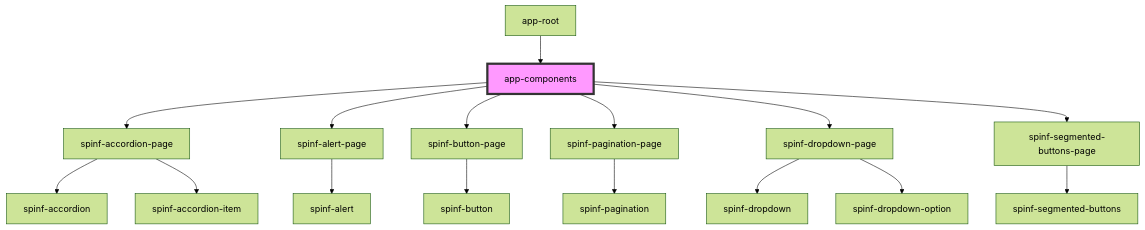
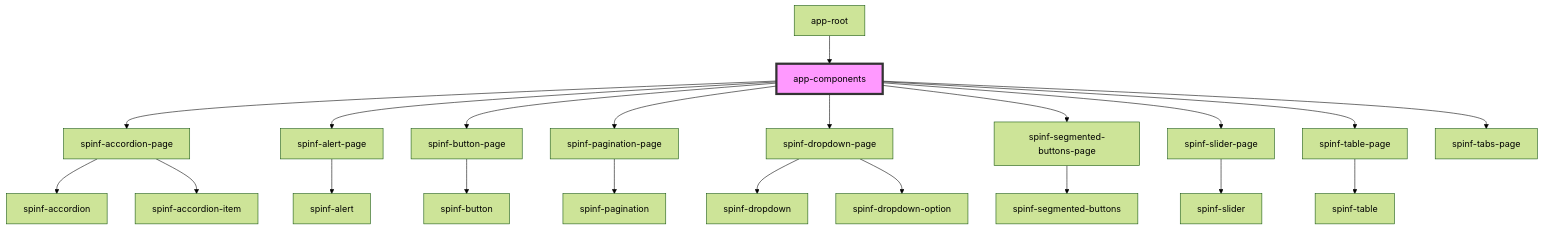
Before and after one commit to Diego-Dos-Santos-Accenture/spain-info-stencil: the diagram in src/components/app-components/readme.md, drawn with Mermaid (forest theme). The commit also changed other lines of this file and 60 other files, not shown here.

````diff
--- a/src/components/app-components/readme.md
+++ b/src/components/app-components/readme.md
@@ -45,19 +48,24 @@
 ```mermaid
 graph TD;
   app-components --> spinf-accordion-page
   app-components --> spinf-alert-page
   app-components --> spinf-button-page
   app-components --> spinf-pagination-page
   app-components --> spinf-dropdown-page
   app-components --> spinf-segmented-buttons-page
+  app-components --> spinf-slider-page
+  app-components --> spinf-table-page
+  app-components --> spinf-tabs-page
   spinf-accordion-page --> spinf-accordion
   spinf-accordion-page --> spinf-accordion-item
   spinf-alert-page --> spinf-alert
   spinf-button-page --> spinf-button
   spinf-pagination-page --> spinf-pagination
   spinf-dropdown-page --> spinf-dropdown
   spinf-dropdown-page --> spinf-dropdown-option
   spinf-segmented-buttons-page --> spinf-segmented-buttons
+  spinf-slider-page --> spinf-slider
+  spinf-table-page --> spinf-table
   app-root --> app-components
   style app-components fill:#f9f,stroke:#333,stroke-width:4px
 ```
````
